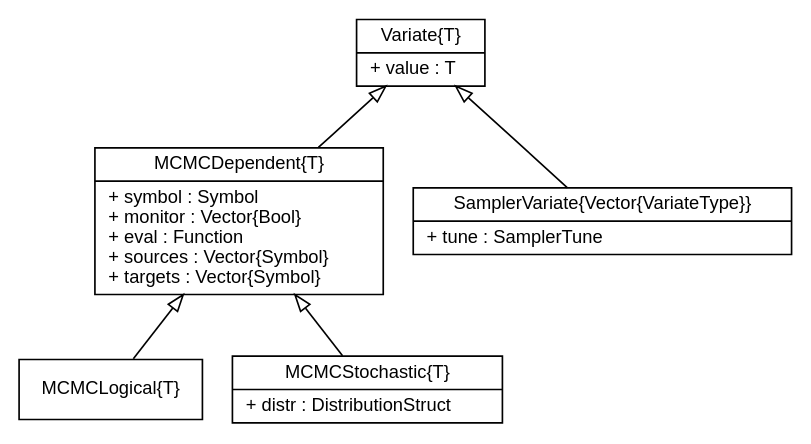
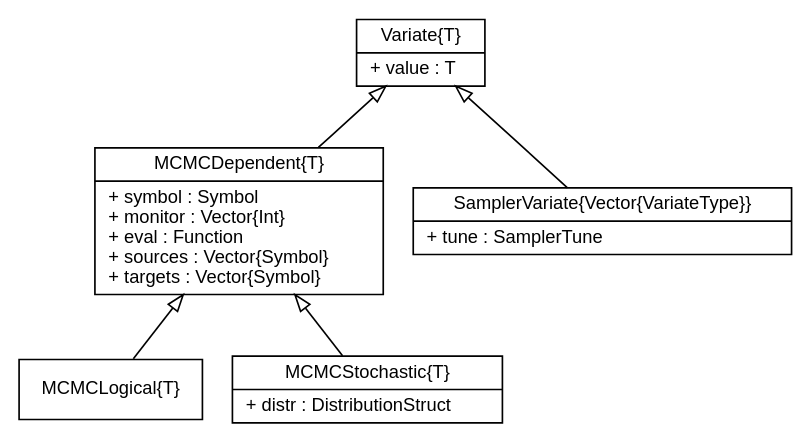
One commit to brian-j-smith/Mamba.jl changed the diagram in doc/images/variateUML.dot. Above: the diagram before and after it, drawn with Graphviz. The commit also changed 9 other files, not shown here.

Commit message:
Changed MCMCDependent 'monitor' field from boolean to integer vector.

```diff
--- a/doc/images/variateUML.dot
+++ b/doc/images/variateUML.dot
@@ -1,24 +1,24 @@
 digraph Variate {
 	fontname = "Helvetica"
 	fontsize = 11
 
 	node [fontname = "Helvetica", fontsize = 11, shape = record]
 
 	edge [fontname = "Helvetica", fontsize = 11, dir = back, arrowtail = empty]
 
 	Variate [label = "{Variate\{T\}|+ value : T\l}"]
 
-	MCMCDependent [label = "{MCMCDependent\{T\}|+ symbol : Symbol\l+ monitor : Vector\{Bool\}\l+ eval : Function\l+ sources : Vector\{Symbol\}\l+ targets : Vector\{Symbol\}\l}"]
+	MCMCDependent [label = "{MCMCDependent\{T\}|+ symbol : Symbol\l+ monitor : Vector\{Int\}\l+ eval : Function\l+ sources : Vector\{Symbol\}\l+ targets : Vector\{Symbol\}\l}"]
 	
 	MCMCLogical [label = "{MCMCLogical\{T\}}"]
 	
 	MCMCStochastic [label = "{MCMCStochastic\{T\}|+ distr : DistributionStruct\l}"]
 
 	SamplerVariate [label = "{SamplerVariate\{Vector\{VariateType\}\}|+ tune : SamplerTune\l}"]
 	
 	Variate -> MCMCDependent
 	MCMCDependent -> MCMCLogical
 	MCMCDependent -> MCMCStochastic
 	Variate -> SamplerVariate
 
 }
```
